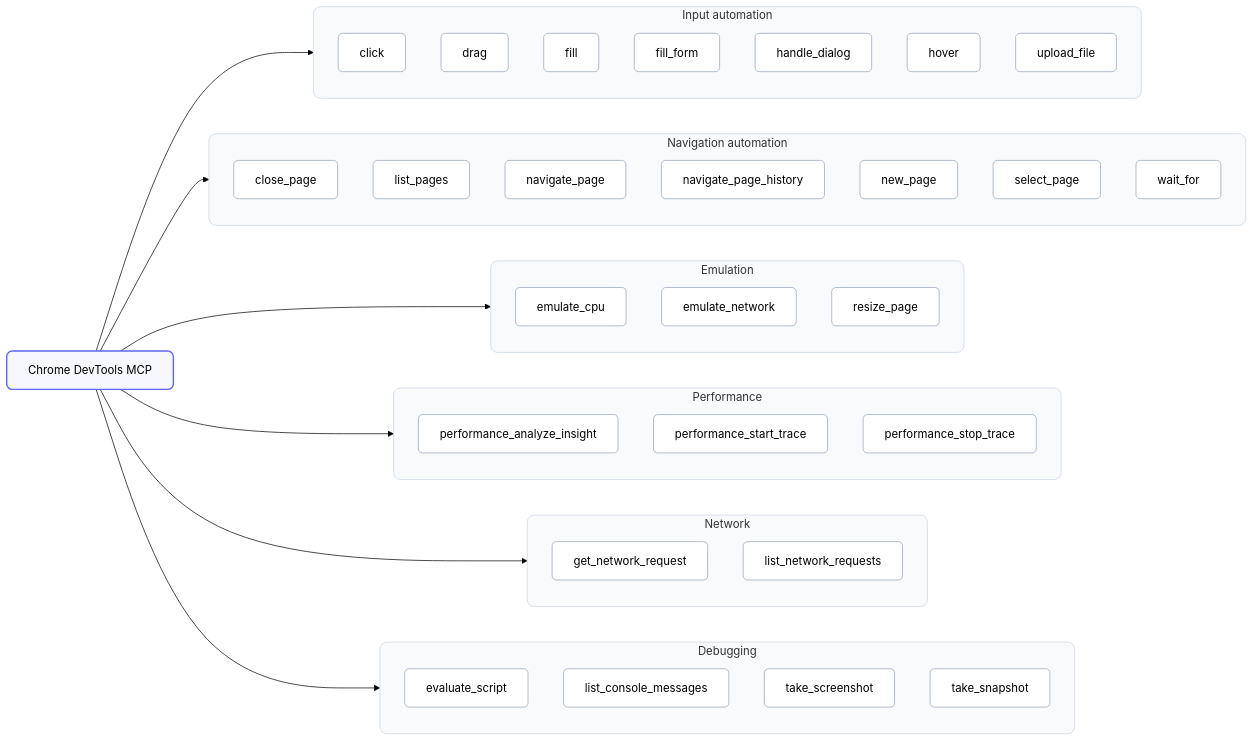
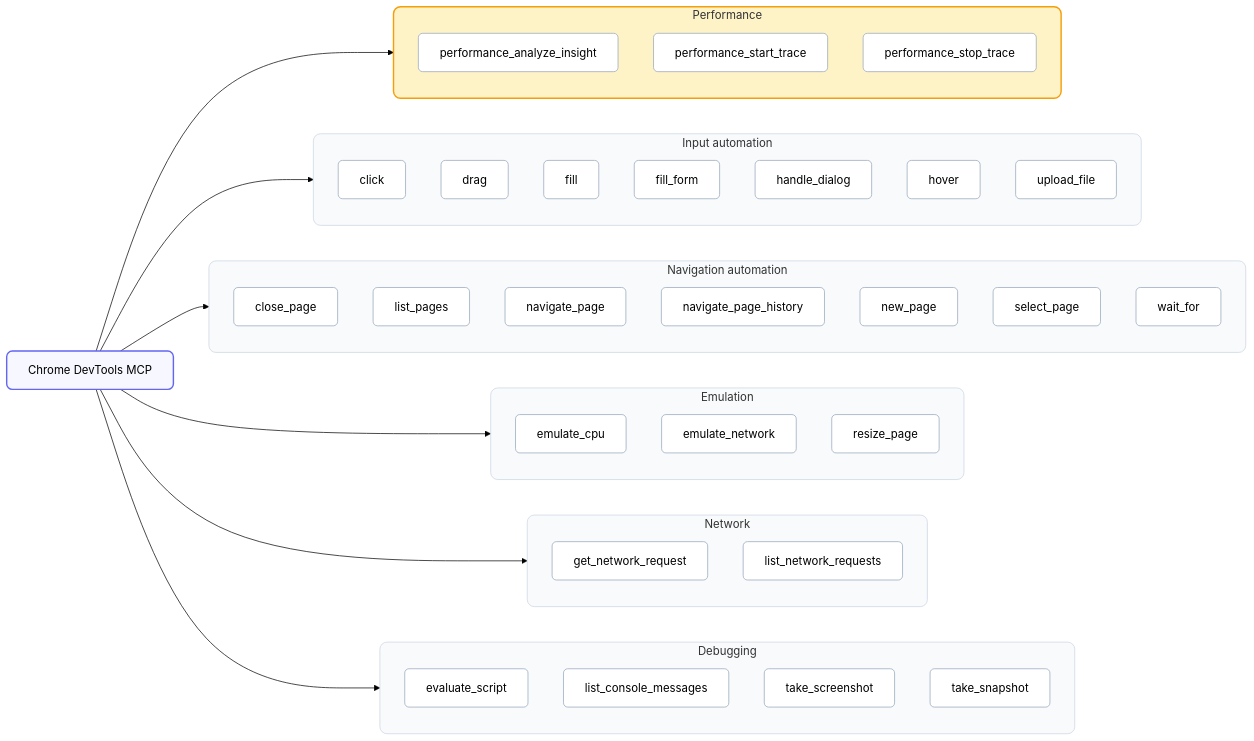
The third of 3 diagrams in _posts/2025-09-24-chrome-dev-tools-mcp.md (slawekradzyminski/awesome-testing.com), drawn with Mermaid (forest theme) before and after one commit. The commit also changed other lines of this file and 2 other files, not shown here.

````diff
--- a/_posts/2025-09-24-chrome-dev-tools-mcp.md
+++ b/_posts/2025-09-24-chrome-dev-tools-mcp.md
@@ -75,64 +89,66 @@
 ```mermaid
 flowchart LR
   A[Chrome DevTools MCP]
+
+  subgraph PF[Performance]
+    PF1[performance_analyze_insight]
+    PF2[performance_start_trace]
+    PF3[performance_stop_trace]
+  end
 
   subgraph IA[Input automation]
     IA1[click]
     IA2[drag]
     IA3[fill]
     IA4[fill_form]
     IA5[handle_dialog]
     IA6[hover]
     IA7[upload_file]
   end
 
   subgraph NA[Navigation automation]
     NA1[close_page]
     NA2[list_pages]
     NA3[navigate_page]
     NA4[navigate_page_history]
     NA5[new_page]
     NA6[select_page]
     NA7[wait_for]
   end
 
   subgraph EM[Emulation]
     EM1[emulate_cpu]
     EM2[emulate_network]
     EM3[resize_page]
   end
 
-  subgraph PF[Performance]
-    PF1[performance_analyze_insight]
-    PF2[performance_start_trace]
-    PF3[performance_stop_trace]
-  end
-
   subgraph NW[Network]
     NW1[get_network_request]
     NW2[list_network_requests]
   end
 
   subgraph DB[Debugging]
     DB1[evaluate_script]
     DB2[list_console_messages]
     DB3[take_screenshot]
     DB4[take_snapshot]
   end
 
+  A --> PF
   A --> IA
   A --> NA
   A --> EM
-  A --> PF
   A --> NW
   A --> DB
 
   %% Optional subtle styling
   classDef hub fill:#f7f7ff,stroke:#6366f1,stroke-width:2px,rx:8,ry:8;
   classDef group fill:#f8fafc,stroke:#cbd5e1,rx:10,ry:10;
+  classDef perf fill:#fef3c7,stroke:#f59e0b,stroke-width:2px,rx:10,ry:10;
   classDef item fill:#ffffff,stroke:#94a3b8,rx:6,ry:6;
 
   class A hub;
-  class IA,NA,EM,PF,NW,DB group;
+  class PF perf;
+  class IA,NA,EM,NW,DB group;
   class IA1,IA2,IA3,IA4,IA5,IA6,IA7,NA1,NA2,NA3,NA4,NA5,NA6,NA7,EM1,EM2,EM3,PF1,PF2,PF3,NW1,NW2,DB1,DB2,DB3,DB4 item;
 ```
````
